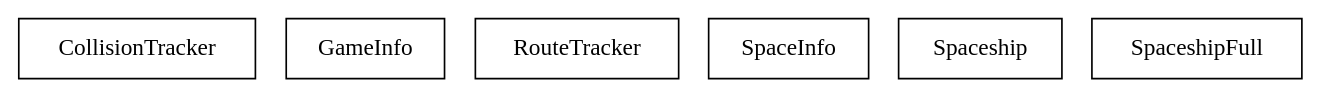
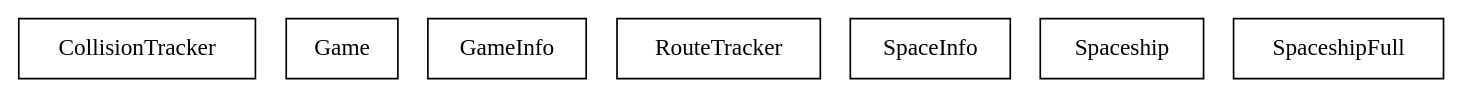
The diagram in bdp/little_rocket_man.dot (moizalicious/little-rocket-man), drawn with Graphviz before and after one commit. The commit also changed 7 other files, not shown here.

```diff
--- a/bdp/little_rocket_man.dot
+++ b/bdp/little_rocket_man.dot
@@ -1,9 +1,10 @@
 digraph {
 CollisionTracker [ label=" CollisionTracker " shape= box ]
+Game [ label=" Game " shape= box ]
 GameInfo [ label=" GameInfo " shape= box ]
 RouteTracker [ label=" RouteTracker " shape= box ]
 SpaceInfo [ label=" SpaceInfo " shape= box ]
 Spaceship [ label=" Spaceship " shape= box ]
 SpaceshipFull [ label=" SpaceshipFull " shape= box ]
 
 }
```
